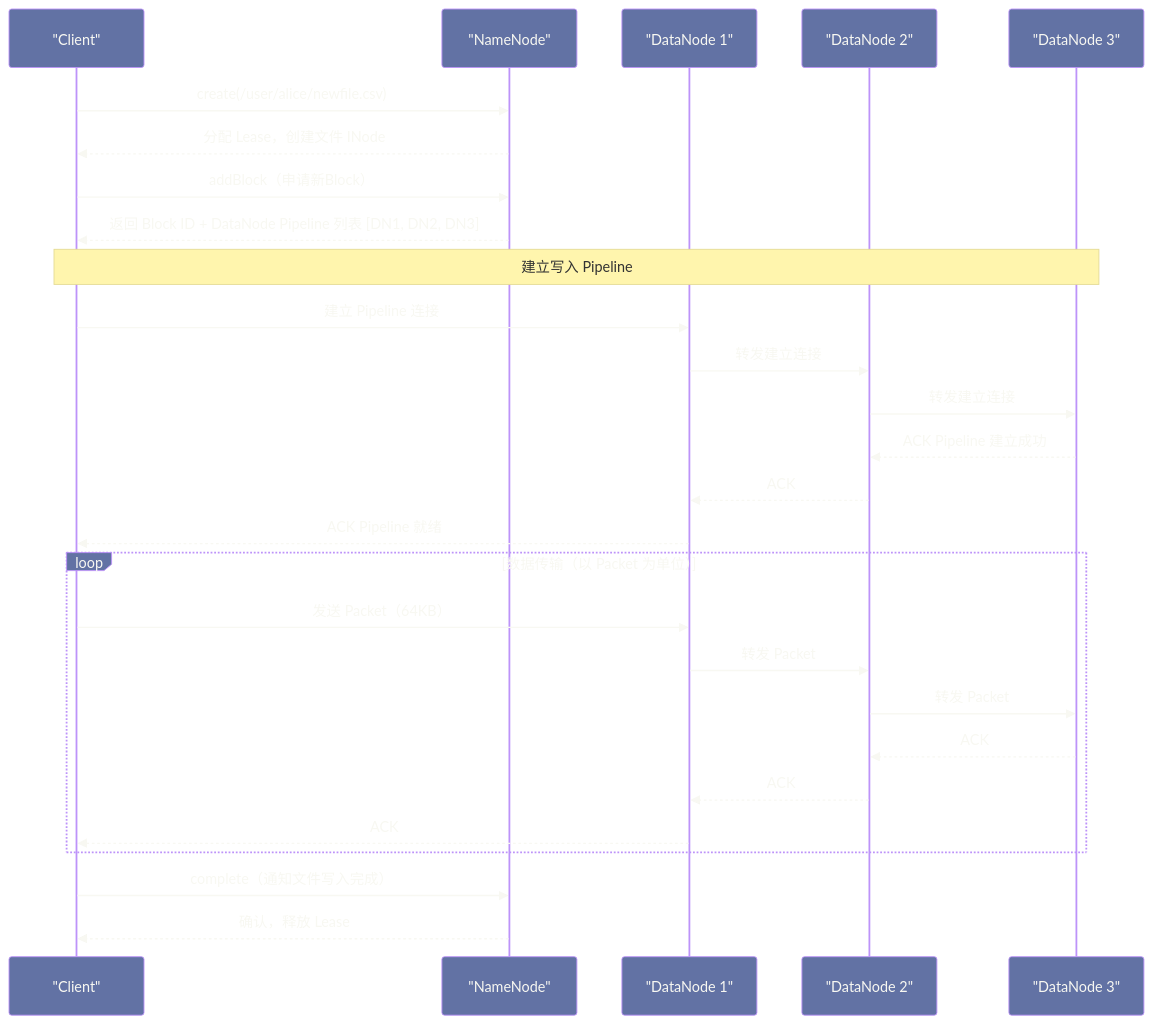
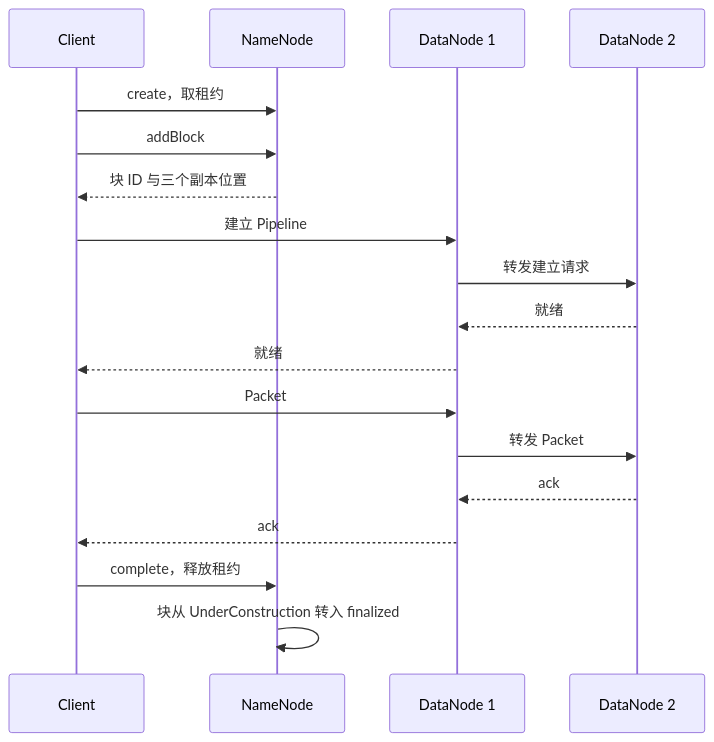
One commit to hpliStartAgain/my-brain changed the sixth of 6 diagrams in content/大数据/Hadoop/HDFS/02 HDFS 整体架构全景——NameNode、DataNode 与 Client 三角关系.md. Above: the diagram before and after it, drawn with Mermaid. The commit also changed other lines of this file and 455 other files, not shown here.

````diff
--- a/content/大数据/Hadoop/HDFS/02 HDFS 整体架构全景——NameNode、DataNode 与 Client 三角关系.md
+++ b/content/大数据/Hadoop/HDFS/02 HDFS 整体架构全景——NameNode、DataNode 与 Client 三角关系.md
@@ -391,35 +357,21 @@
 ```mermaid
-%%{init: {'theme': 'base', 'themeVariables': {'primaryColor': '#6272a4', 'primaryTextColor': '#f8f8f2', 'primaryBorderColor': '#bd93f9', 'lineColor': '#ff79c6', 'secondaryColor': '#44475a', 'tertiaryColor': '#282a36'}}}%%
+%%{init: {'theme': 'dracula'}}%%
 sequenceDiagram
-    participant C as "Client"
-    participant NN as "NameNode"
-    participant DN1 as "DataNode 1"
-    participant DN2 as "DataNode 2"
-    participant DN3 as "DataNode 3"
-
-    C->>NN: create(/user/alice/newfile.csv)
-    NN-->>C: 分配 Lease，创建文件 INode
-    C->>NN: addBlock（申请新Block）
-    NN-->>C: 返回 Block ID + DataNode Pipeline 列表 [DN1, DN2, DN3]
-
-    Note over C,DN3: 建立写入 Pipeline
-
-    C->>DN1: 建立 Pipeline 连接
-    DN1->>DN2: 转发建立连接
-    DN2->>DN3: 转发建立连接
-    DN3-->>DN2: ACK Pipeline 建立成功
-    DN2-->>DN1: ACK
-    DN1-->>C: ACK Pipeline 就绪
-
-    loop 数据传输（以 Packet 为单位）
-        C->>DN1: 发送 Packet（64KB）
-        DN1->>DN2: 转发 Packet
-        DN2->>DN3: 转发 Packet
-        DN3-->>DN2: ACK
-        DN2-->>DN1: ACK
-        DN1-->>C: ACK
-    end
-
-    C->>NN: complete（通知文件写入完成）
-    NN-->>C: 确认，释放 Lease
+    participant C as Client
+    participant NN as NameNode
+    participant D1 as DataNode 1
+    participant D2 as DataNode 2
+    C->>NN: create，取租约
+    C->>NN: addBlock
+    NN-->>C: 块 ID 与三个副本位置
+    C->>D1: 建立 Pipeline
+    D1->>D2: 转发建立请求
+    D2-->>D1: 就绪
+    D1-->>C: 就绪
+    C->>D1: Packet
+    D1->>D2: 转发 Packet
+    D2-->>D1: ack
+    D1-->>C: ack
+    C->>NN: complete，释放租约
+    NN->>NN: 块从 UnderConstruction 转入 finalized
 ```
````
